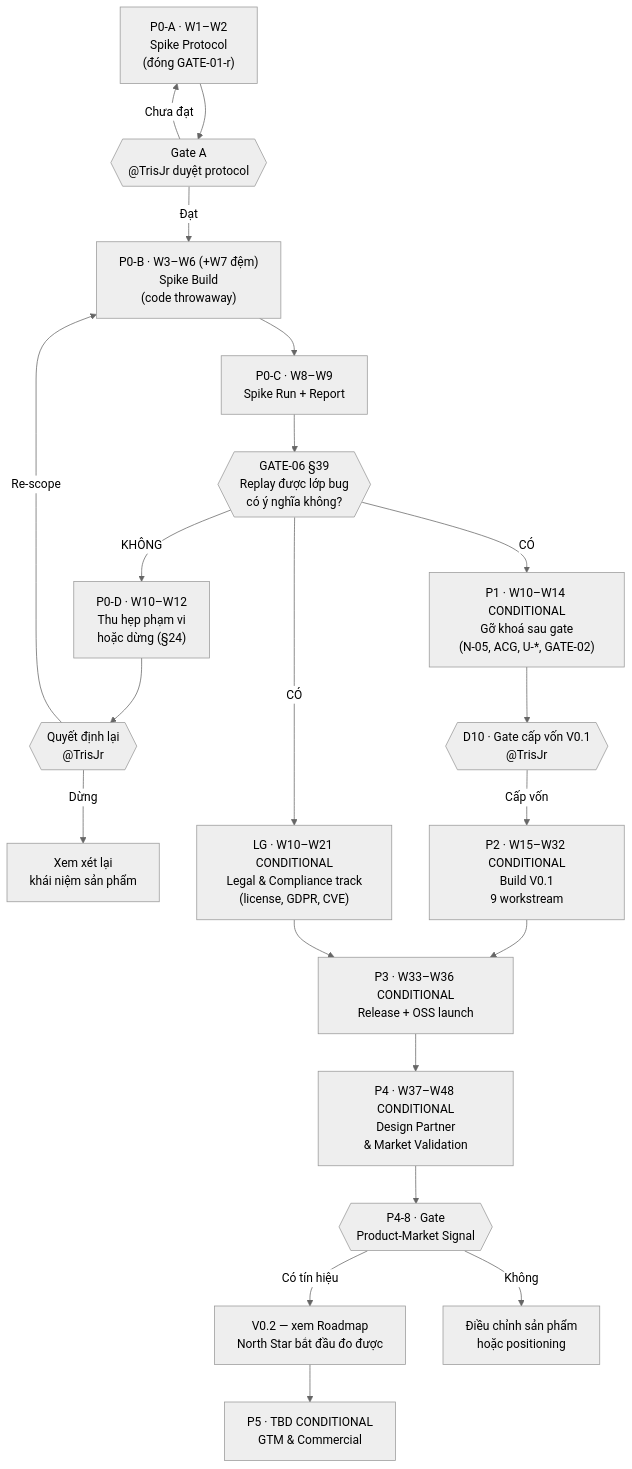
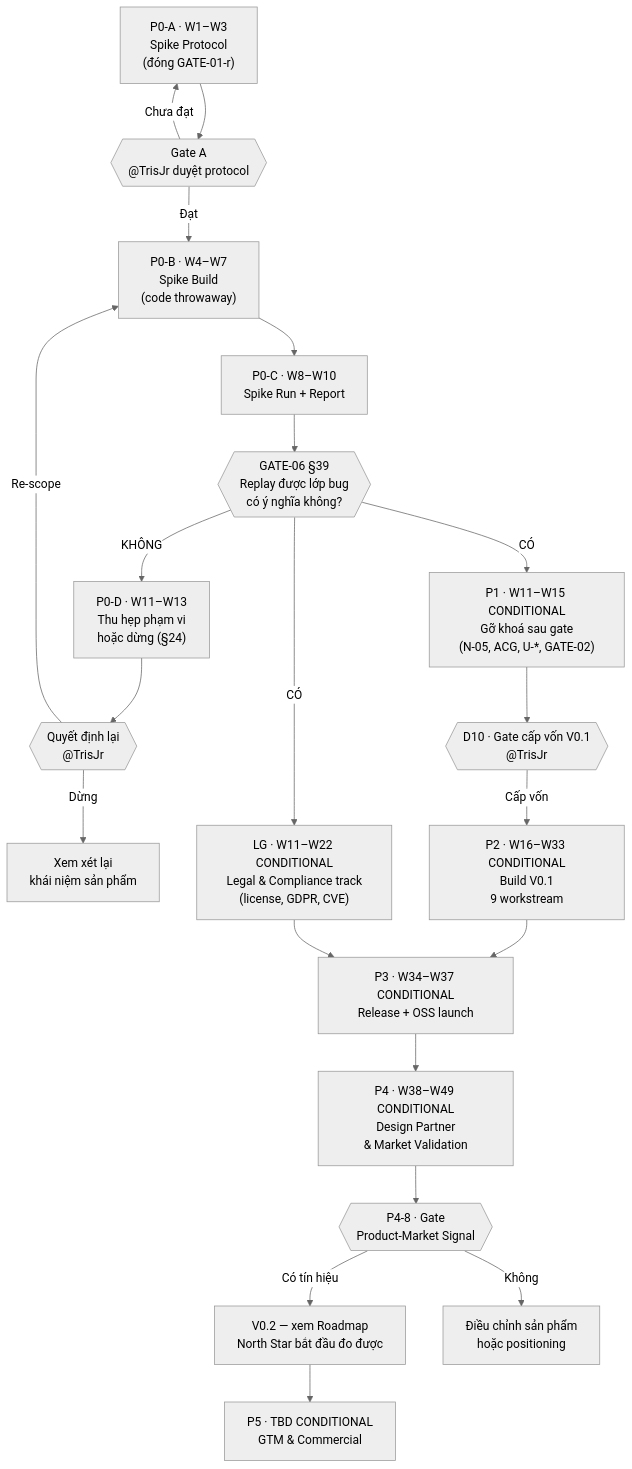
One commit to trisjr/bug-reproduce changed the diagram in docs/010-Planning/Estimates/Timeline-Repro.md. Above: the diagram before and after it, drawn with Mermaid (neutral theme). The commit also changed other lines of this file and 17 other files, not shown here.

Commit message:
docs(p0a): add spike protocol, measurement plan and report template

````diff
--- a/docs/010-Planning/Estimates/Timeline-Repro.md
+++ b/docs/010-Planning/Estimates/Timeline-Repro.md
@@ -102,23 +102,23 @@
 ```mermaid
 graph TD
-    A["P0-A · W1–W2<br/>Spike Protocol<br/>(đóng GATE-01-r)"] --> GA{{"Gate A<br/>@TrisJr duyệt protocol"}}
-    GA -->|Đạt| B["P0-B · W3–W6 (+W7 đệm)<br/>Spike Build<br/>(code throwaway)"]
+    A["P0-A · W1–W3<br/>Spike Protocol<br/>(đóng GATE-01-r)"] --> GA{{"Gate A<br/>@TrisJr duyệt protocol"}}
+    GA -->|Đạt| B["P0-B · W4–W7<br/>Spike Build<br/>(code throwaway)"]
     GA -->|Chưa đạt| A
-    B --> C["P0-C · W8–W9<br/>Spike Run + Report"]
+    B --> C["P0-C · W8–W10<br/>Spike Run + Report"]
     C --> G39{{"GATE-06 §39<br/>Replay được lớp bug<br/>có ý nghĩa không?"}}
-    G39 -->|"KHÔNG"| NO["P0-D · W10–W12<br/>Thu hẹp phạm vi<br/>hoặc dừng (§24)"]
+    G39 -->|"KHÔNG"| NO["P0-D · W11–W13<br/>Thu hẹp phạm vi<br/>hoặc dừng (§24)"]
     NO --> G39b{{"Quyết định lại<br/>@TrisJr"}}
     G39b -->|Re-scope| B
     G39b -->|Dừng| STOP["Xem xét lại<br/>khái niệm sản phẩm"]
-    G39 -->|"CÓ"| D["P1 · W10–W14 CONDITIONAL<br/>Gỡ khoá sau gate<br/>(N-05, ACG, U-*, GATE-02)"]
-    G39 -->|"CÓ"| LG["LG · W10–W21 CONDITIONAL<br/>Legal &amp; Compliance track<br/>(license, GDPR, CVE)"]
+    G39 -->|"CÓ"| D["P1 · W11–W15 CONDITIONAL<br/>Gỡ khoá sau gate<br/>(N-05, ACG, U-*, GATE-02)"]
+    G39 -->|"CÓ"| LG["LG · W11–W22 CONDITIONAL<br/>Legal &amp; Compliance track<br/>(license, GDPR, CVE)"]
     D --> GF{{"D10 · Gate cấp vốn V0.1<br/>@TrisJr"}}
-    GF -->|Cấp vốn| E["P2 · W15–W32 CONDITIONAL<br/>Build V0.1<br/>9 workstream"]
-    E --> F["P3 · W33–W36 CONDITIONAL<br/>Release + OSS launch"]
+    GF -->|Cấp vốn| E["P2 · W16–W33 CONDITIONAL<br/>Build V0.1<br/>9 workstream"]
+    E --> F["P3 · W34–W37 CONDITIONAL<br/>Release + OSS launch"]
     LG --> F
-    F --> P4["P4 · W37–W48 CONDITIONAL<br/>Design Partner<br/>&amp; Market Validation"]
+    F --> P4["P4 · W38–W49 CONDITIONAL<br/>Design Partner<br/>&amp; Market Validation"]
     P4 --> GPM{{"P4-8 · Gate<br/>Product-Market Signal"}}
     GPM -->|Có tín hiệu| V2["V0.2 — xem Roadmap<br/>North Star bắt đầu đo được"]
     GPM -->|Không| PIVOT["Điều chỉnh sản phẩm<br/>hoặc positioning"]
     V2 --> P5["P5 · TBD CONDITIONAL<br/>GTM &amp; Commercial"]
 ```
````
